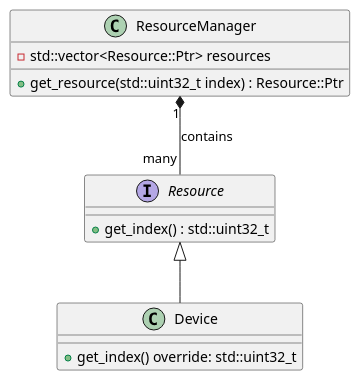
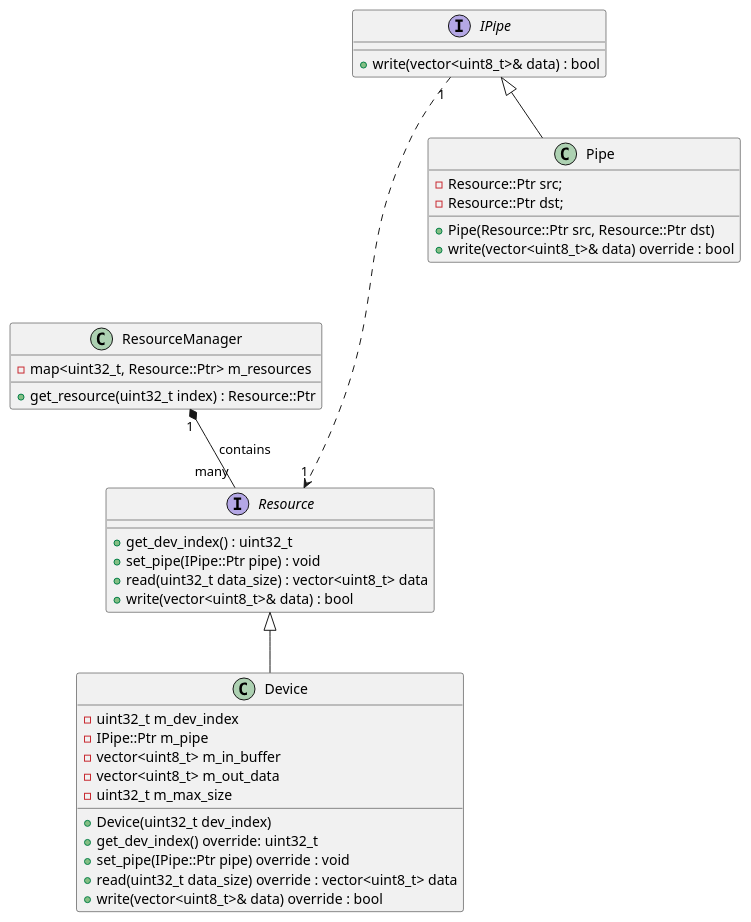
The diagram in design/class_diagram.plantuml (ahmedelkamel/FileManager), drawn with PlantUML before and after one commit.

Commit message:
ResourceManager: Introduce the Pipe concept in design for com between 2 Resources

```diff
--- a/design/class_diagram.plantuml
+++ b/design/class_diagram.plantuml
@@ -1,19 +1,56 @@
 @startuml
 
 Resource <|-- Device
 ResourceManager "1" *-- "many" Resource : contains
 
+' Connect the output of one resource to the input of another
+' Similar to Pipe in Linux
+' Pipe is based on mediator design pattern
+IPipe <|-- Pipe
+IPipe "1" --[Dashed]--> "1" Resource
+
+class ResourceManager{
+    -map<uint32_t, Resource::Ptr> m_resources
+    +get_resource(uint32_t index) : Resource::Ptr
+}
+
 interface Resource {
-    +get_index() : std::uint32_t
+    +get_dev_index() : uint32_t
+    +set_pipe(IPipe::Ptr pipe) : void 
+    +read(uint32_t data_size) : vector<uint8_t> data
+    +write(vector<uint8_t>& data) : bool
 }
 
 class Device {
-    +get_index() override: std::uint32_t
+    -uint32_t m_dev_index
+    -IPipe::Ptr m_pipe
+    -vector<uint8_t> m_in_buffer
+    -vector<uint8_t> m_out_data
+    -uint32_t m_max_size
+    +Device(uint32_t dev_index)
+    +get_dev_index() override: uint32_t
+    +set_pipe(IPipe::Ptr pipe) override : void 
+    +read(uint32_t data_size) override : vector<uint8_t> data
+    ' Log read data
+    '   read from m_in_buffer
+    +write(vector<uint8_t>& data) override : bool
+    ' Log written data
+    ' if(m_pipe)
+    '   m_pipe->write(data)
+    ' else
+    '   write to m_out_buffer
 }
 
-class ResourceManager{
-    +get_resource(std::uint32_t index) : Resource::Ptr
-    -std::vector<Resource::Ptr> resources
+interface IPipe {
+    +write(vector<uint8_t>& data) : bool
 }
 
+class Pipe {
+    -Resource::Ptr src;
+    -Resource::Ptr dst;
+    +Pipe(Resource::Ptr src, Resource::Ptr dst)
+    ' src->set_pipe(this);
+    +write(vector<uint8_t>& data) override : bool
+    ' r2->write_data(data)
+}
 @enduml
```
